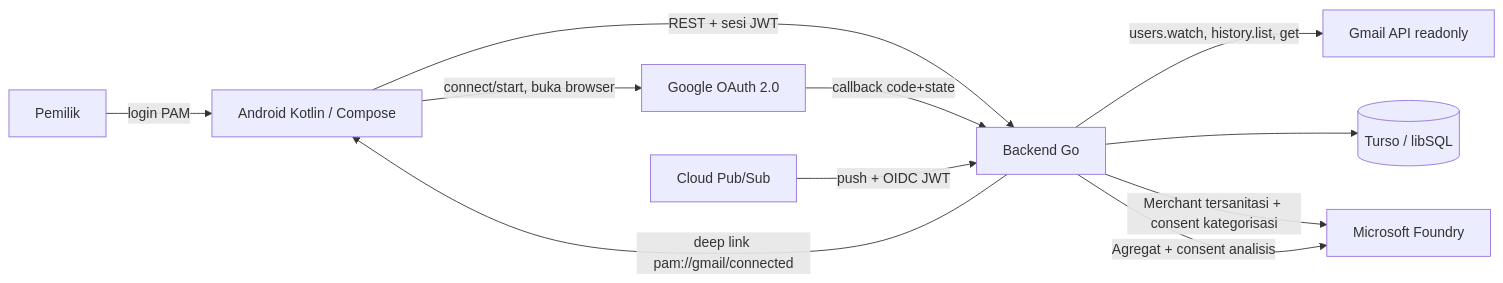
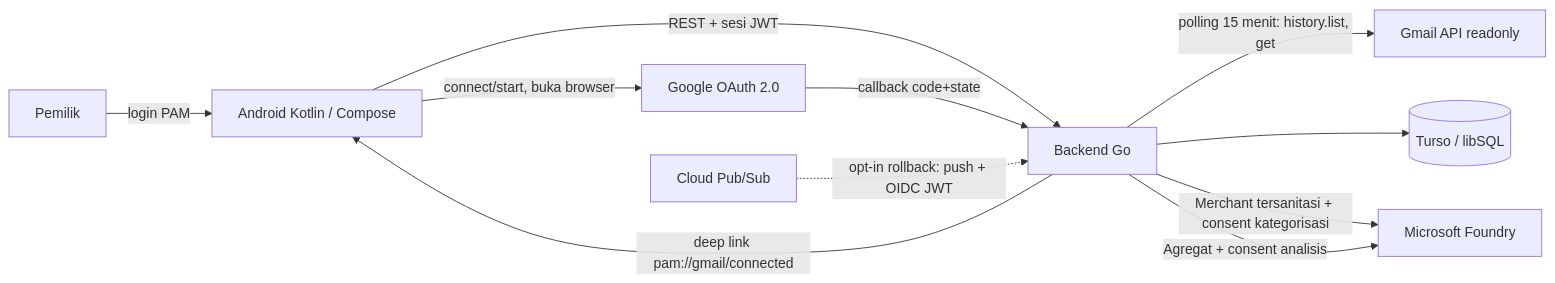
One commit to NDI05/0037_FinancialMobile changed the diagram in README.md. Above: the diagram before and after it, drawn with Mermaid. The commit also changed other lines of this file and 2 other files, not shown here.

First line of the commit message:
docs(gmail): close polling lane with polling-default design and final gate accounting

````diff
--- a/README.md
+++ b/README.md
@@ -94,13 +100,13 @@
 ```mermaid
 flowchart LR
     Owner[Pemilik] -->|login PAM| Android[Android Kotlin / Compose]
     Android -->|REST + sesi JWT| Go[Backend Go]
     Android -->|connect/start, buka browser| Google[Google OAuth 2.0]
     Google -->|callback code+state| Go
-    Go -->|users.watch, history.list, get| Gmail[Gmail API readonly]
-    PubSub[Cloud Pub/Sub] -->|push + OIDC JWT| Go
+    Go -->|polling 15 menit: history.list, get| Gmail[Gmail API readonly]
+    PubSub[Cloud Pub/Sub] -.->|opt-in rollback: push + OIDC JWT| Go
     Go -->|deep link pam://gmail/connected| Android
     Go --> DB[(Turso / libSQL)]
     Go -->|Merchant tersanitasi + consent kategorisasi| Azure[Microsoft Foundry]
     Go -->|Agregat + consent analisis| Azure
 ```
````
